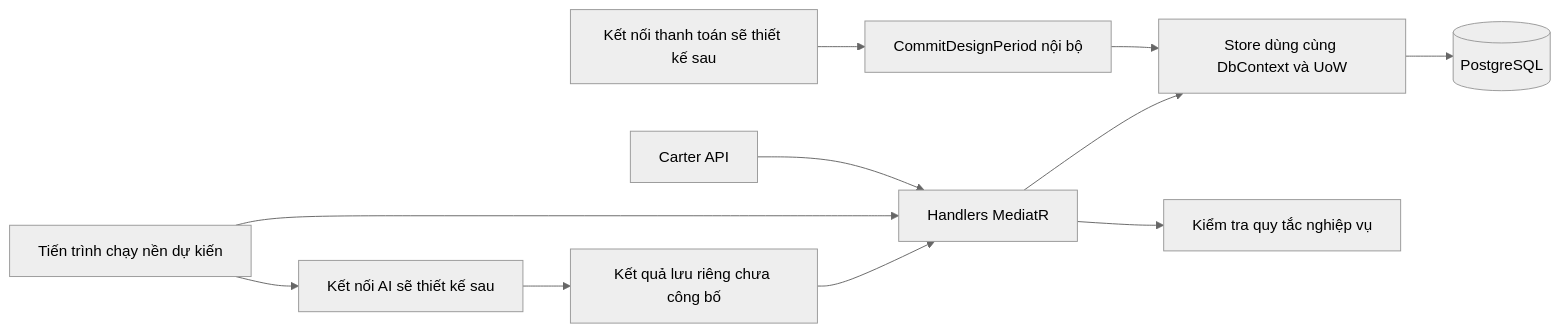
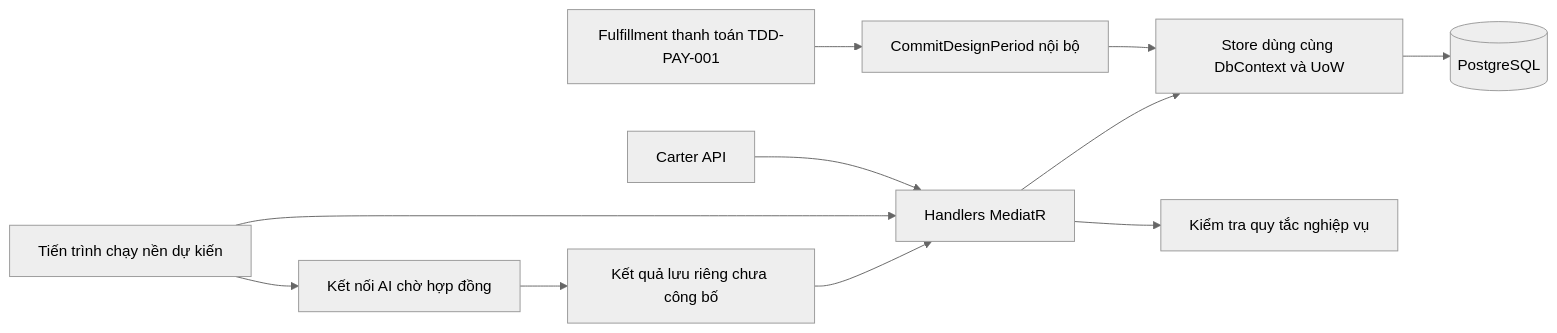
The first of 5 diagrams in tdd/TDD-SUB-002.md (TaskCoper/bmt-documentation), drawn with Mermaid (neutral theme) before and after one commit. The commit also changed other lines of this file and 19 other files, not shown here.

````diff
--- a/tdd/TDD-SUB-002.md
+++ b/tdd/TDD-SUB-002.md
@@ -219,13 +228,13 @@
 ```mermaid
 flowchart LR
     API[Carter API] --> H[Handlers MediatR]
-    Pay[Kết nối thanh toán sẽ thiết kế sau] --> Commit[CommitDesignPeriod nội bộ]
+    Pay[Fulfillment thanh toán TDD-PAY-001] --> Commit[CommitDesignPeriod nội bộ]
     Commit --> Store[Store dùng cùng DbContext và UoW]
     H --> Policy[Kiểm tra quy tắc nghiệp vụ]
     H --> Store
     Store --> DB[(PostgreSQL)]
     Worker[Tiến trình chạy nền dự kiến] --> H
-    Worker --> AI[Kết nối AI sẽ thiết kế sau]
+    Worker --> AI[Kết nối AI chờ hợp đồng]
     AI --> Stage[Kết quả lưu riêng chưa công bố]
     Stage --> H
 ```
````
